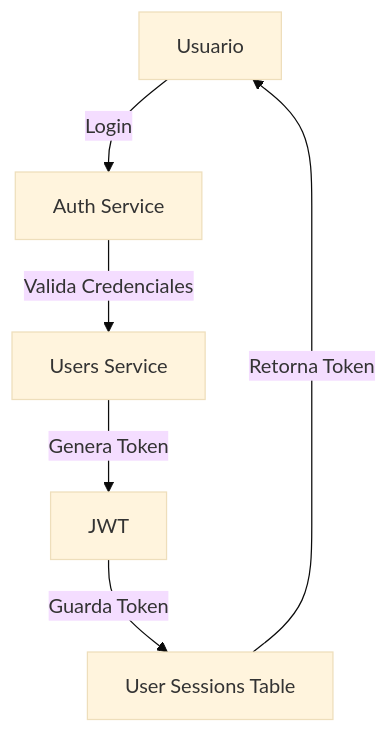
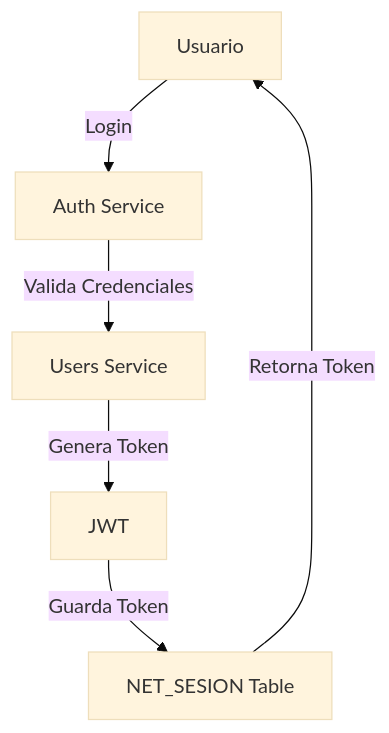
Before and after one commit to iamyare/INPRENET-main: the first of 5 diagrams in plan-implementacion-sso.md, drawn with Mermaid (base theme). The commit also changed other lines of this file, not shown here.

Commit message:
Actualizar plan de implementación de SSO para usar la tabla NET_SESION y mejorar la gestión de sesiones

````diff
--- a/plan-implementacion-sso.md
+++ b/plan-implementacion-sso.md
@@ -5,8 +5,8 @@
 ```mermaid
 graph TD
     A[Usuario] -->|Login| B[Auth Service]
     B -->|Valida Credenciales| C[Users Service]
     C -->|Genera Token| D[JWT]
-    D -->|Guarda Token| E[User Sessions Table]
+    D -->|Guarda Token| E[NET_SESION Table]
     E -->|Retorna Token| A
 ```
````
